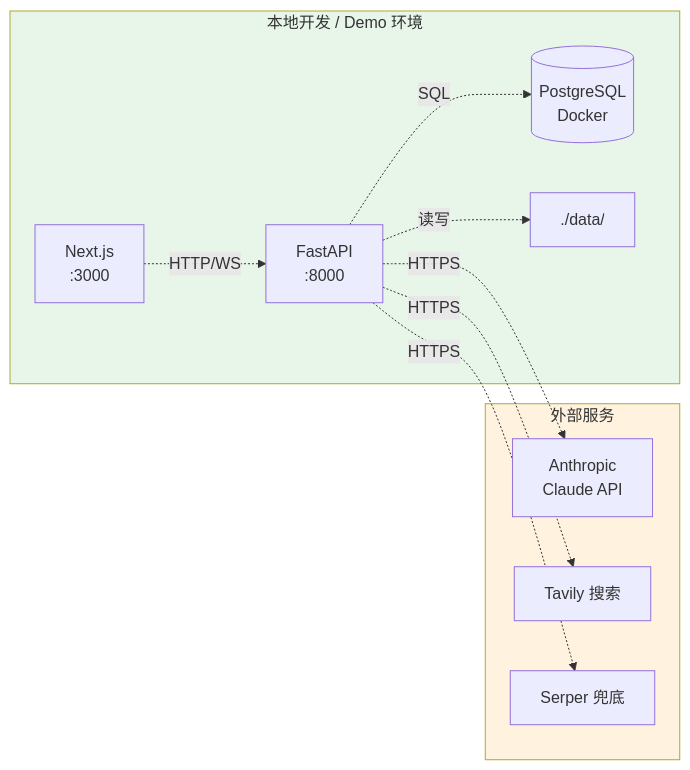
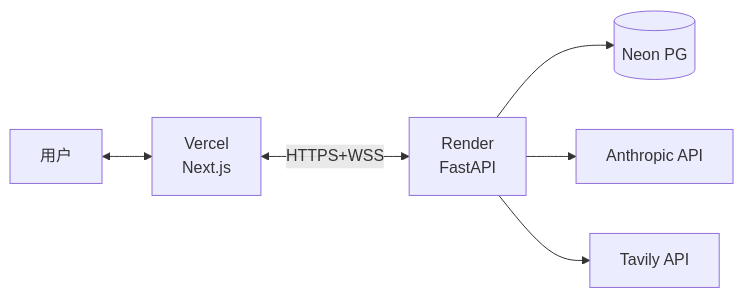
One commit to yangyuxin-hub/Multi-Agent-Collaborative-Competitive-Analysis-System changed the fifth of 5 diagrams in docs/architecture.md. Above: the diagram before and after it, drawn with Mermaid. The commit also changed other lines of this file and 8 other files, not shown here.

````diff
--- a/docs/architecture.md
+++ b/docs/architecture.md
@@ -307,25 +108,8 @@
 ```mermaid
-graph LR
-    subgraph Local["本地开发 / Demo 环境"]
-        FE[Next.js<br/>:3000]
-        BE[FastAPI<br/>:8000]
-        PG[(PostgreSQL<br/>Docker)]
-        FS[./data/]
-    end
-
-    subgraph External["外部服务"]
-        CLAUDE[Anthropic<br/>Claude API]
-        TAVILY[Tavily 搜索]
-        SERPER[Serper 兜底]
-    end
-
-    FE -.HTTP/WS.-> BE
-    BE -.SQL.-> PG
-    BE -.读写.-> FS
-    BE -.HTTPS.-> CLAUDE
-    BE -.HTTPS.-> TAVILY
-    BE -.HTTPS.-> SERPER
-
-    style Local fill:#e8f5e9
-    style External fill:#fff3e0
+flowchart LR
+    User[用户] <--> Vercel[Vercel<br/>Next.js]
+    Vercel <-->|HTTPS+WSS| Render[Render<br/>FastAPI]
+    Render --> Neon[(Neon PG)]
+    Render --> Anth[Anthropic API]
+    Render --> Tav[Tavily API]
 ```
````
